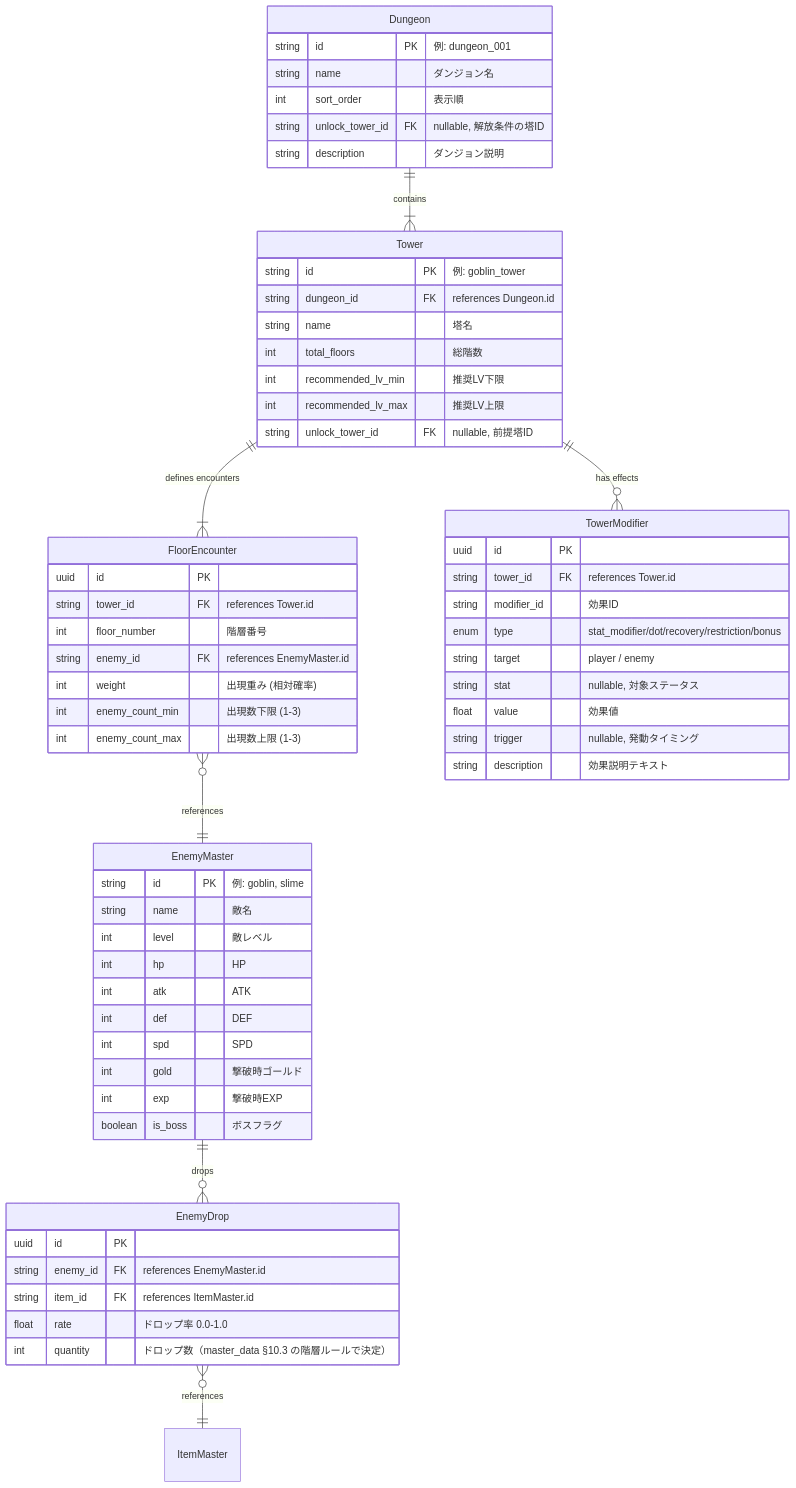
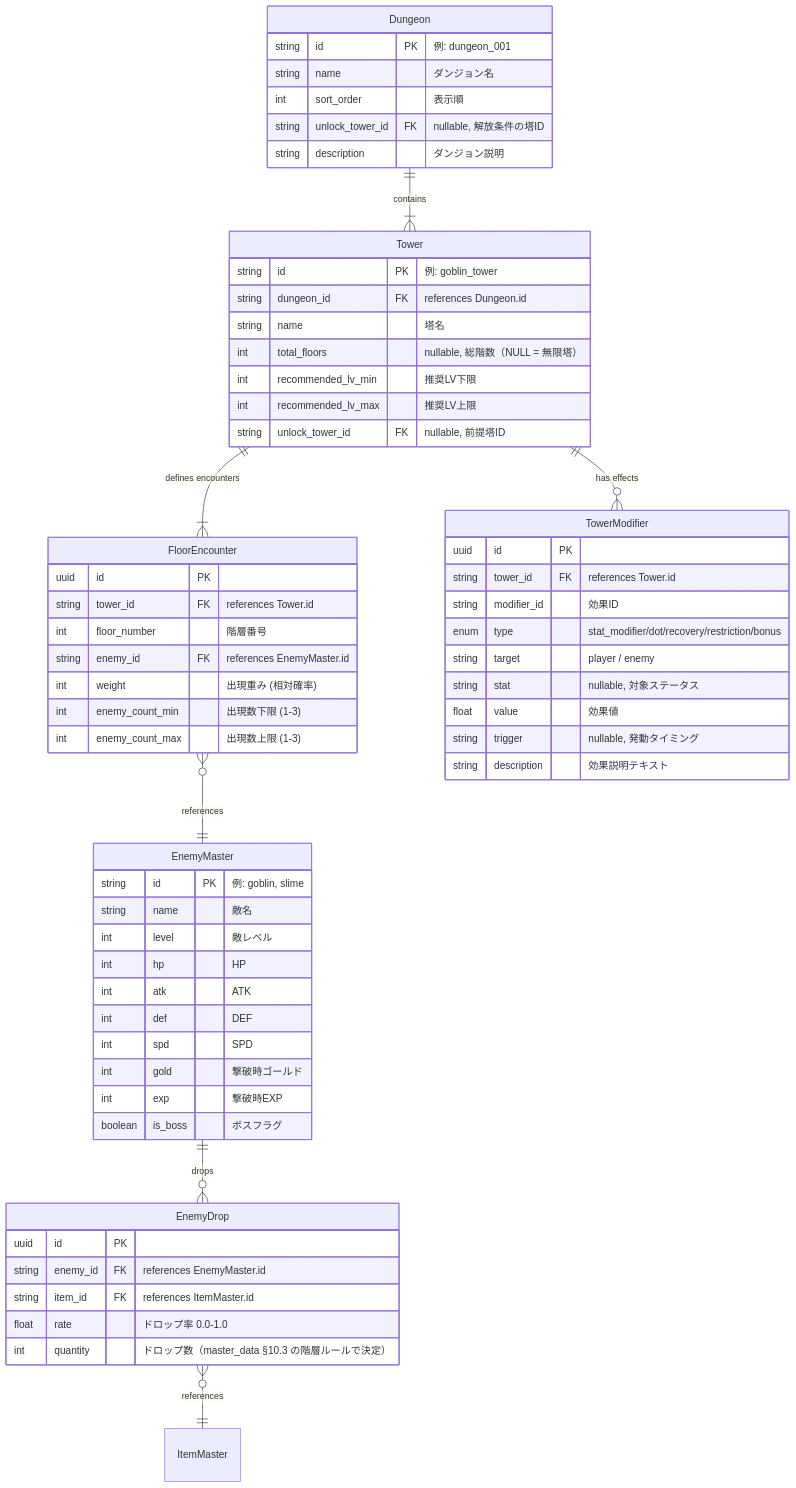
One commit to dateeee/2026_AFKGAME changed the second of 2 diagrams in diagrams/er_diagram/battle.md. Above: the diagram before and after it, drawn with Mermaid. The commit also changed 30 other files, not shown here.

````diff
--- a/diagrams/er_diagram/battle.md
+++ b/diagrams/er_diagram/battle.md
@@ -46,71 +46,71 @@
 ```mermaid
 %%{init: {'theme': 'default', 'themeVariables': {'fontSize': '16px'}} }%%
 erDiagram
     Dungeon ||--|{ Tower : "contains"
     Tower ||--|{ FloorEncounter : "defines encounters"
     Tower ||--o{ TowerModifier : "has effects"
     FloorEncounter }o--|| EnemyMaster : "references"
     EnemyMaster ||--o{ EnemyDrop : "drops"
     EnemyDrop }o--|| ItemMaster : "references"
 
     Dungeon {
         string id PK "例: dungeon_001"
         string name "ダンジョン名"
         int sort_order "表示順"
         string unlock_tower_id FK "nullable, 解放条件の塔ID"
         string description "ダンジョン説明"
     }
 
     Tower {
         string id PK "例: goblin_tower"
         string dungeon_id FK "references Dungeon.id"
         string name "塔名"
-        int total_floors "総階数"
+        int total_floors "nullable, 総階数（NULL = 無限塔）"
         int recommended_lv_min "推奨LV下限"
         int recommended_lv_max "推奨LV上限"
         string unlock_tower_id FK "nullable, 前提塔ID"
     }
 
     TowerModifier {
         uuid id PK
         string tower_id FK "references Tower.id"
         string modifier_id "効果ID"
         enum type "stat_modifier/dot/recovery/restriction/bonus"
         string target "player / enemy"
         string stat "nullable, 対象ステータス"
         float value "効果値"
         string trigger "nullable, 発動タイミング"
         string description "効果説明テキスト"
     }
 
     FloorEncounter {
         uuid id PK
         string tower_id FK "references Tower.id"
         int floor_number "階層番号"
         string enemy_id FK "references EnemyMaster.id"
         int weight "出現重み (相対確率)"
         int enemy_count_min "出現数下限 (1-3)"
         int enemy_count_max "出現数上限 (1-3)"
     }
 
     EnemyMaster {
         string id PK "例: goblin, slime"
         string name "敵名"
         int level "敵レベル"
         int hp "HP"
         int atk "ATK"
         int def "DEF"
         int spd "SPD"
         int gold "撃破時ゴールド"
         int exp "撃破時EXP"
         boolean is_boss "ボスフラグ"
     }
 
     EnemyDrop {
         uuid id PK
         string enemy_id FK "references EnemyMaster.id"
         string item_id FK "references ItemMaster.id"
         float rate "ドロップ率 0.0-1.0"
         int quantity "ドロップ数（master_data §10.3 の階層ルールで決定）"
     }
 ```
````
